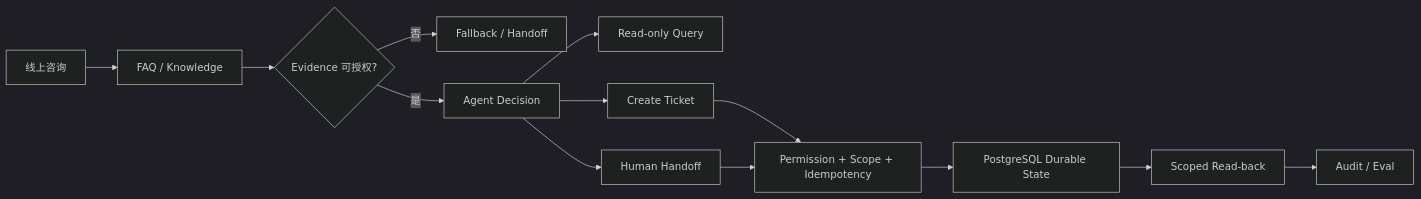
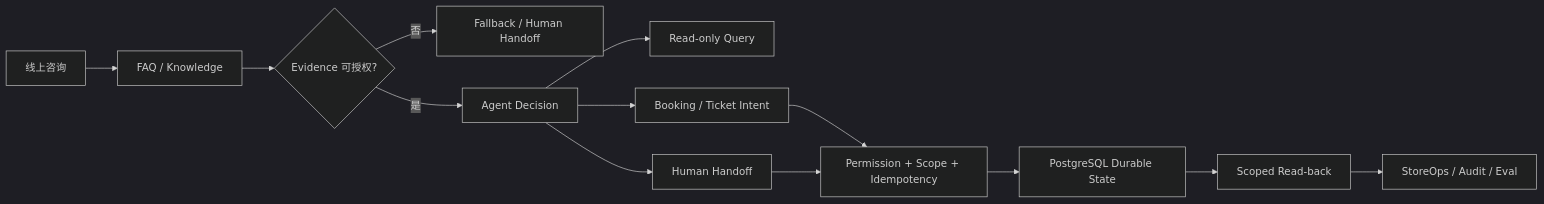
The diagram in README.md (wanghanyu654321-cell/-agent), drawn with Mermaid (dark theme) before and after one commit. The commit also changed other lines of this file, not shown here.

````diff
--- a/README.md
+++ b/README.md
@@ -72,18 +36,19 @@
 ```mermaid
 flowchart LR
     A[线上咨询] --> B[FAQ / Knowledge]
     B --> C{Evidence 可授权?}
-    C -- 否 --> D[Fallback / Handoff]
+
+    C -- 否 --> D[Fallback / Human Handoff]
     C -- 是 --> E[Agent Decision]
 
     E --> F[Read-only Query]
-    E --> G[Create Ticket]
+    E --> G[Booking / Ticket Intent]
     E --> H[Human Handoff]
 
     G --> I[Permission + Scope + Idempotency]
     H --> I
 
     I --> J[PostgreSQL Durable State]
     J --> K[Scoped Read-back]
-    K --> L[Audit / Eval]
+    K --> L[StoreOps / Audit / Eval]
 ```
````
